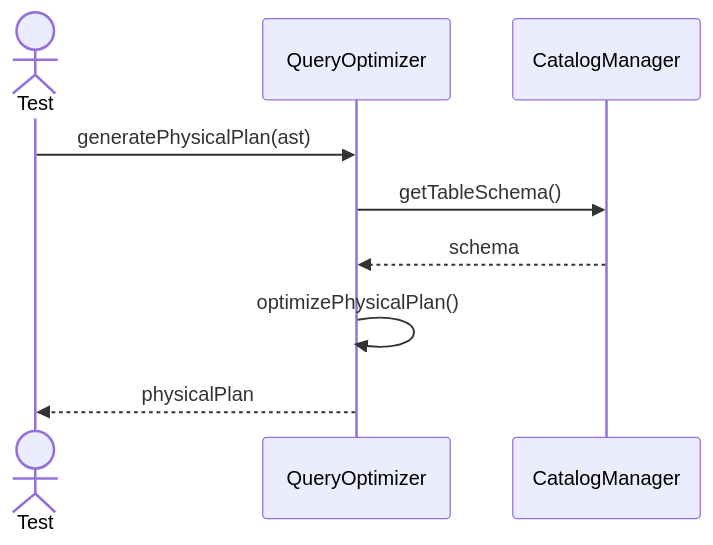
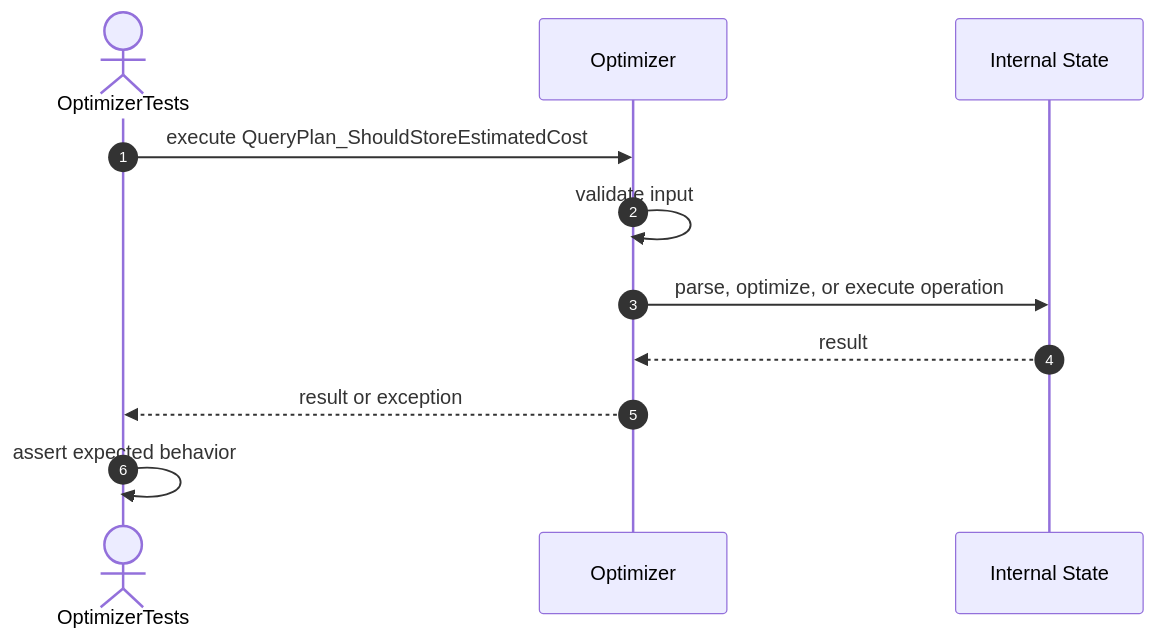
Before and after one commit to FhuAnn/-bbv-AN-s-DBMS: the third of 19 diagrams in src/tests/unit/query/sequences/query-optimizer-testing.se.md, drawn with Mermaid. The commit also changed other lines of this file and 36 other files, not shown here.

````diff
--- a/src/tests/unit/query/sequences/query-optimizer-testing.se.md
+++ b/src/tests/unit/query/sequences/query-optimizer-testing.se.md
@@ -56,12 +45,14 @@
 ```mermaid
 sequenceDiagram
-actor Test
-participant QueryOptimizer
-participant CatalogManager
+    autonumber
+    actor Test as OptimizerTests
+    participant Target as Optimizer
+    participant Internal as Internal State
 
-Test->>QueryOptimizer: generatePhysicalPlan(ast)
-QueryOptimizer->>CatalogManager: getTableSchema()
-CatalogManager-->>QueryOptimizer: schema
-QueryOptimizer->>QueryOptimizer: optimizePhysicalPlan()
-QueryOptimizer-->>Test: physicalPlan
+    Test->>Target: execute QueryPlan_ShouldStoreEstimatedCost
+    Target->>Target: validate input
+    Target->>Internal: parse, optimize, or execute operation
+    Internal-->>Target: result
+    Target-->>Test: result or exception
+    Test->>Test: assert expected behavior
 ```
````
